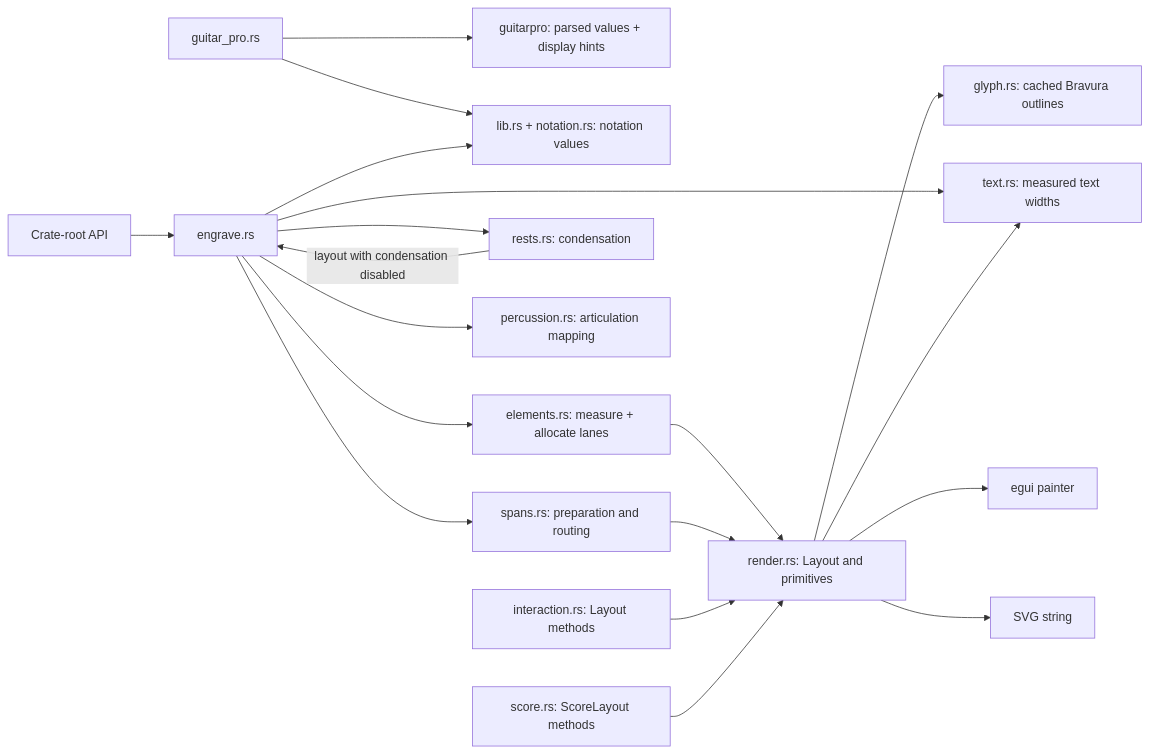
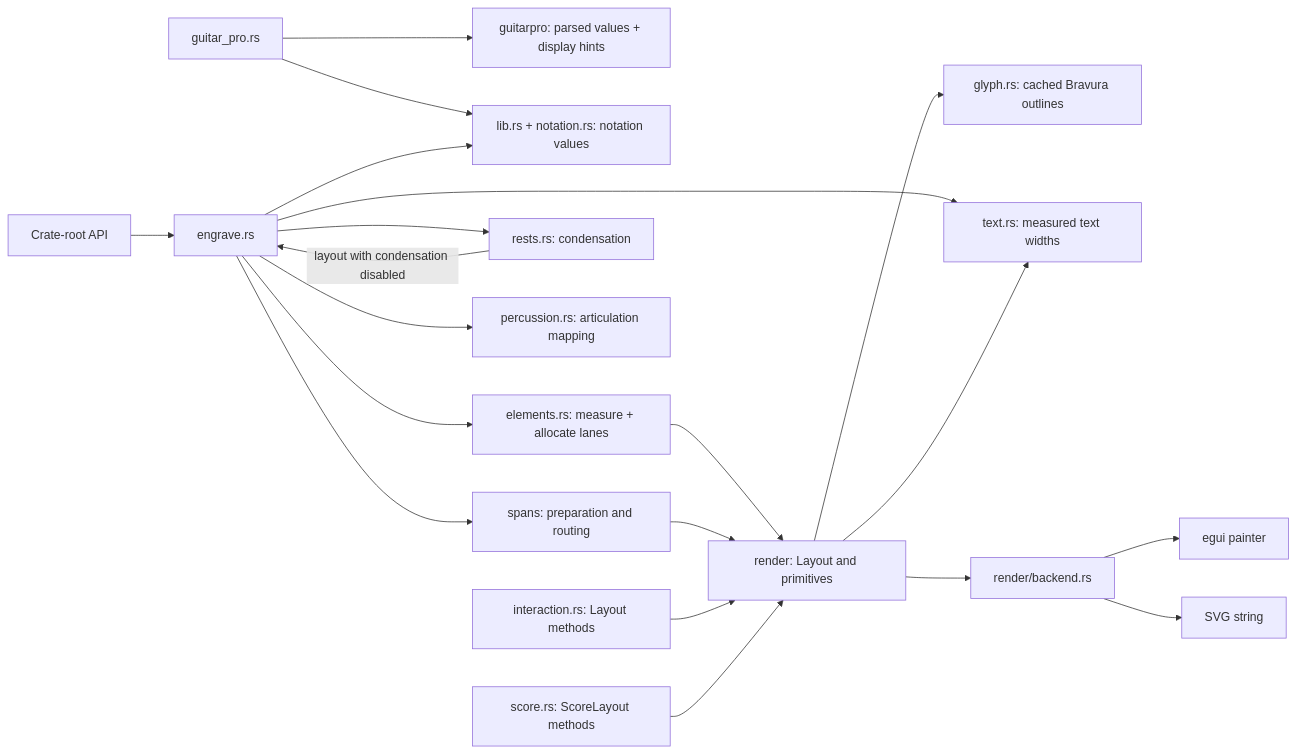
The second of 7 diagrams in doc/ARCHITECTURE.md (YoshuaNava/alphatab-rs), drawn with Mermaid before and after one commit. The commit also changed other lines of this file and 9 other files, not shown here.

````diff
--- a/doc/ARCHITECTURE.md
+++ b/doc/ARCHITECTURE.md
@@ -94,21 +155,22 @@
 ```mermaid
 flowchart LR
     API["Crate-root API"] --> E["engrave.rs"]
     GP["guitar_pro.rs"] --> Parser["guitarpro: parsed values + display hints"]
     GP --> Model["lib.rs + notation.rs: notation values"]
     E --> Model
-    E --> S["spans.rs: preparation and routing"]
+    E --> S["spans: preparation and routing"]
     E --> R["rests.rs: condensation"]
     R -->|layout with condensation disabled| E
     E --> P["percussion.rs: articulation mapping"]
     E --> Elements["elements.rs: measure + allocate lanes"]
-    Elements --> Geometry["render.rs: Layout and primitives"]
+    Elements --> Geometry["render: Layout and primitives"]
     S --> Geometry
     Geometry --> G["glyph.rs: cached Bravura outlines"]
     E --> T["text.rs: measured text widths"]
     Geometry --> T
     I["interaction.rs: Layout methods"] --> Geometry
     Score["score.rs: ScoreLayout methods"] --> Geometry
-    Geometry --> Egui["egui painter"]
-    Geometry --> SVG["SVG string"]
+    Geometry --> Backend["render/backend.rs"]
+    Backend --> Egui["egui painter"]
+    Backend --> SVG["SVG string"]
 ```
````
